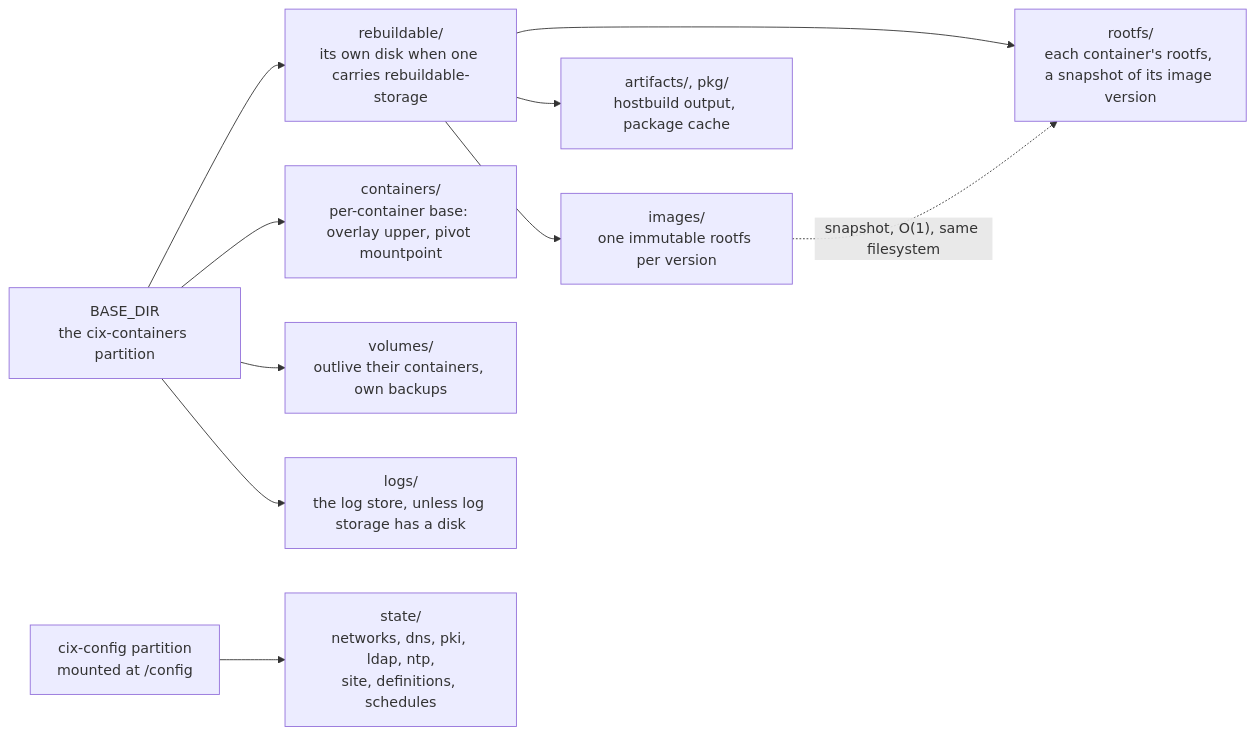
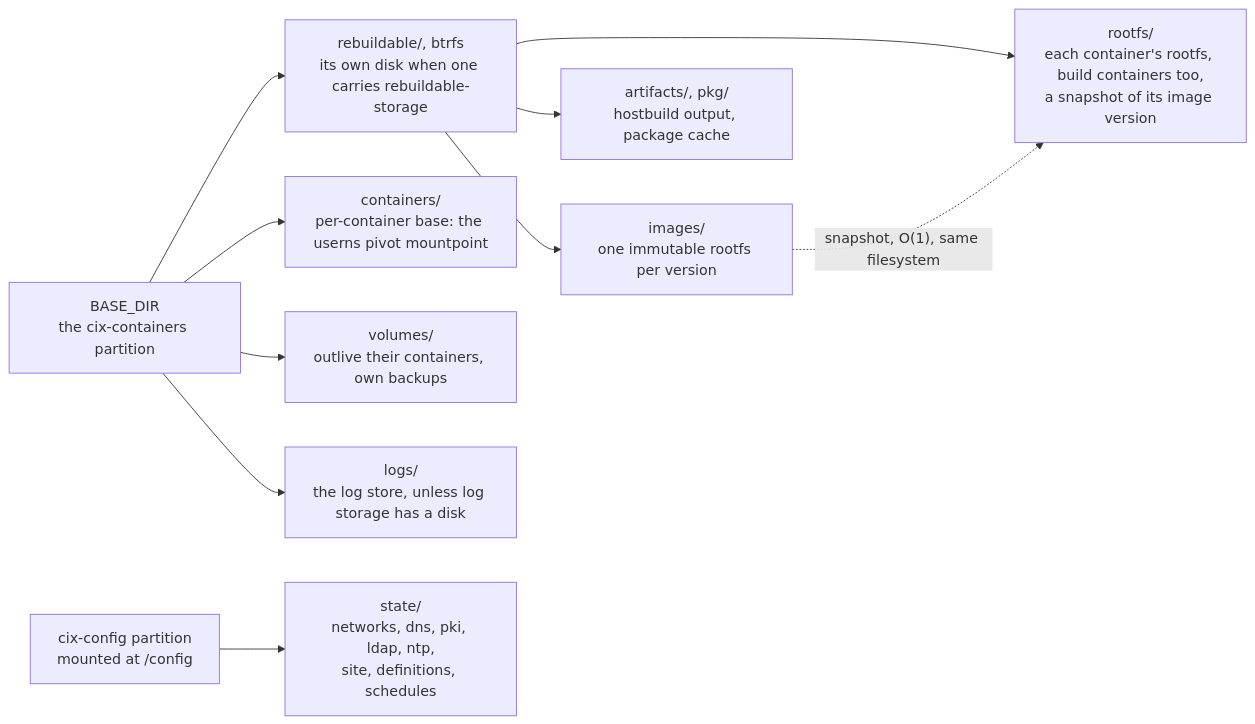
Before and after one commit to The-Cix-Project/cix: the fourth of 6 diagrams in docs/architecture/architecture.md, drawn with Mermaid. The commit also changed other lines of this file and 41 other files, not shown here.

First line of the commit message:
A container has no disk, migrate-storage is gone, and container-storage is volume-storage (#658, ADR-0360 decisions 1, 5, 6)

````diff
--- a/docs/architecture/architecture.md
+++ b/docs/architecture/architecture.md
@@ -116,12 +116,12 @@
 ```mermaid
 flowchart LR
-    base["BASE_DIR<br/>the cix-containers partition"] --> rebuild["rebuildable/<br/>its own disk when one carries rebuildable-storage"]
+    base["BASE_DIR<br/>the cix-containers partition"] --> rebuild["rebuildable/, btrfs<br/>its own disk when one carries rebuildable-storage"]
     rebuild --> imgs["images/<br/>one immutable rootfs per version"]
-    rebuild --> rootfs["rootfs/<br/>each container's rootfs, a snapshot of its image version"]
+    rebuild --> rootfs["rootfs/<br/>each container's rootfs, build containers too,<br/>a snapshot of its image version"]
     imgs -. "snapshot, O(1), same filesystem" .-> rootfs
     rebuild --> arts["artifacts/, pkg/<br/>hostbuild output, package cache"]
-    base --> ctrs["containers/<br/>per-container base: overlay upper, pivot mountpoint"]
+    base --> ctrs["containers/<br/>per-container base: the userns pivot mountpoint"]
     base --> vols["volumes/<br/>outlive their containers, own backups"]
     base --> logs["logs/<br/>the log store, unless log storage has a disk"]
     config["cix-config partition<br/>mounted at /config"] --> cfg["state/<br/>networks, dns, pki, ldap, ntp,<br/>site, definitions, schedules"]
 ```
````
